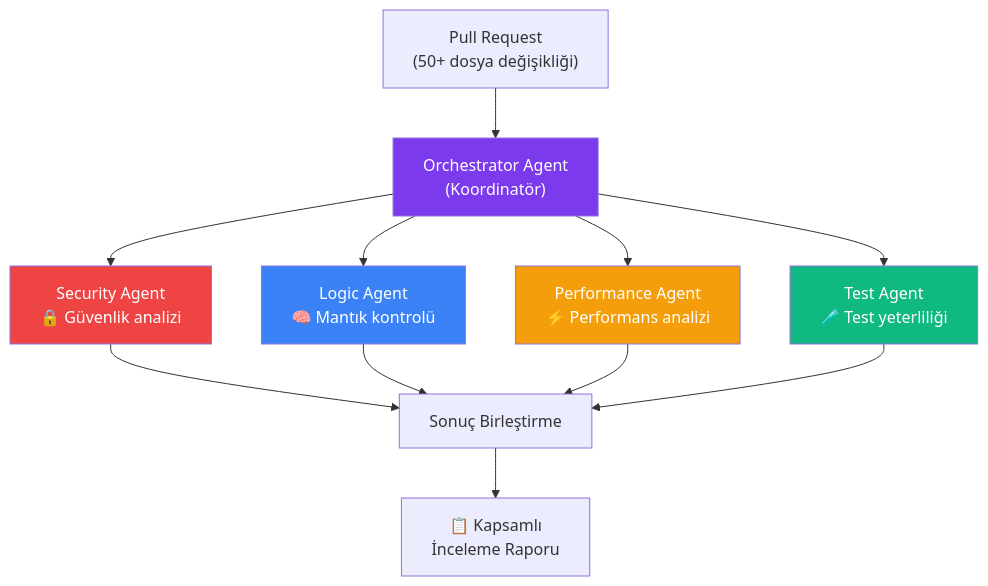
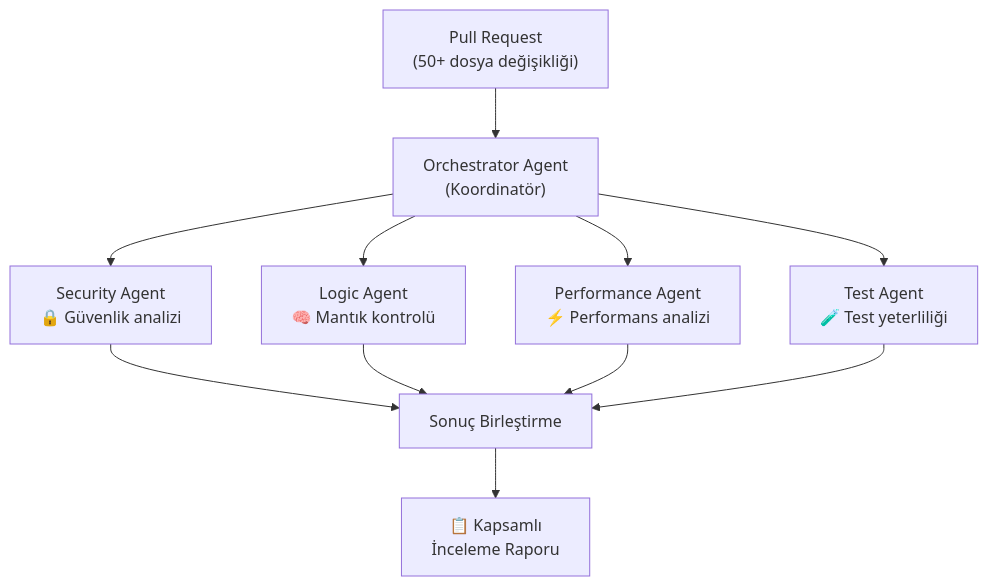
Before and after one commit to IzzetYasinAtes/ClaudeCodeHandbook: the third of 3 diagrams in 16-cicd-ve-devops/03-kod-inceleme-otomasyonu.md, drawn with Mermaid. The commit also changed other lines of this file and 97 other files, not shown here.

Commit message:
Remove all custom Mermaid style/fill colors from 98 markdown files for consistent dark theme rendering

````diff
--- a/16-cicd-ve-devops/03-kod-inceleme-otomasyonu.md
+++ b/16-cicd-ve-devops/03-kod-inceleme-otomasyonu.md
@@ -86,24 +82,19 @@
 ```mermaid
 flowchart TB
     PR["Pull Request<br/>(50+ dosya değişikliği)"]
 
     PR --> ORCH["Orchestrator Agent<br/>(Koordinatör)"]
 
     ORCH --> SA1["Security Agent<br/>🔒 Güvenlik analizi"]
     ORCH --> SA2["Logic Agent<br/>🧠 Mantık kontrolü"]
     ORCH --> SA3["Performance Agent<br/>⚡ Performans analizi"]
     ORCH --> SA4["Test Agent<br/>🧪 Test yeterliliği"]
 
     SA1 --> MERGE["Sonuç Birleştirme"]
     SA2 --> MERGE
     SA3 --> MERGE
     SA4 --> MERGE
 
     MERGE --> REPORT["📋 Kapsamlı<br/>İnceleme Raporu"]
 
-    style ORCH fill:#7C3AED,color:#fff
-    style SA1 fill:#EF4444,color:#fff
-    style SA2 fill:#3B82F6,color:#fff
-    style SA3 fill:#F59E0B,color:#fff
-    style SA4 fill:#10B981,color:#fff
 ```
````
